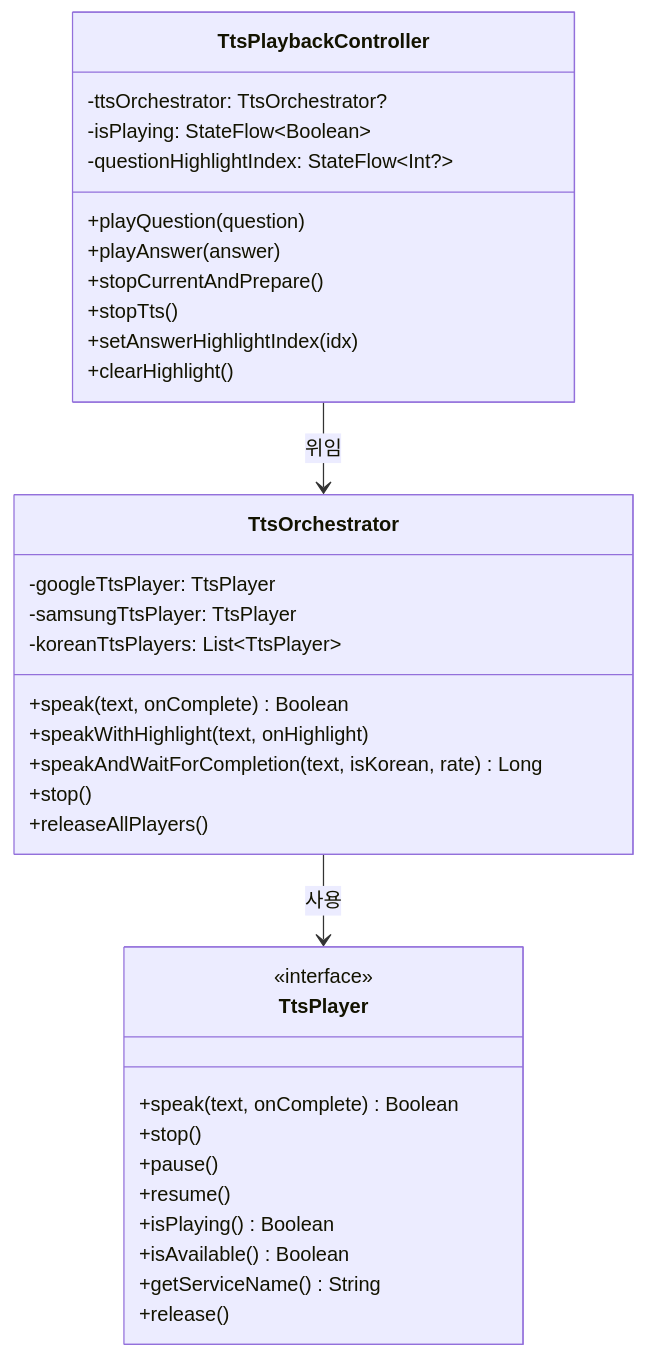
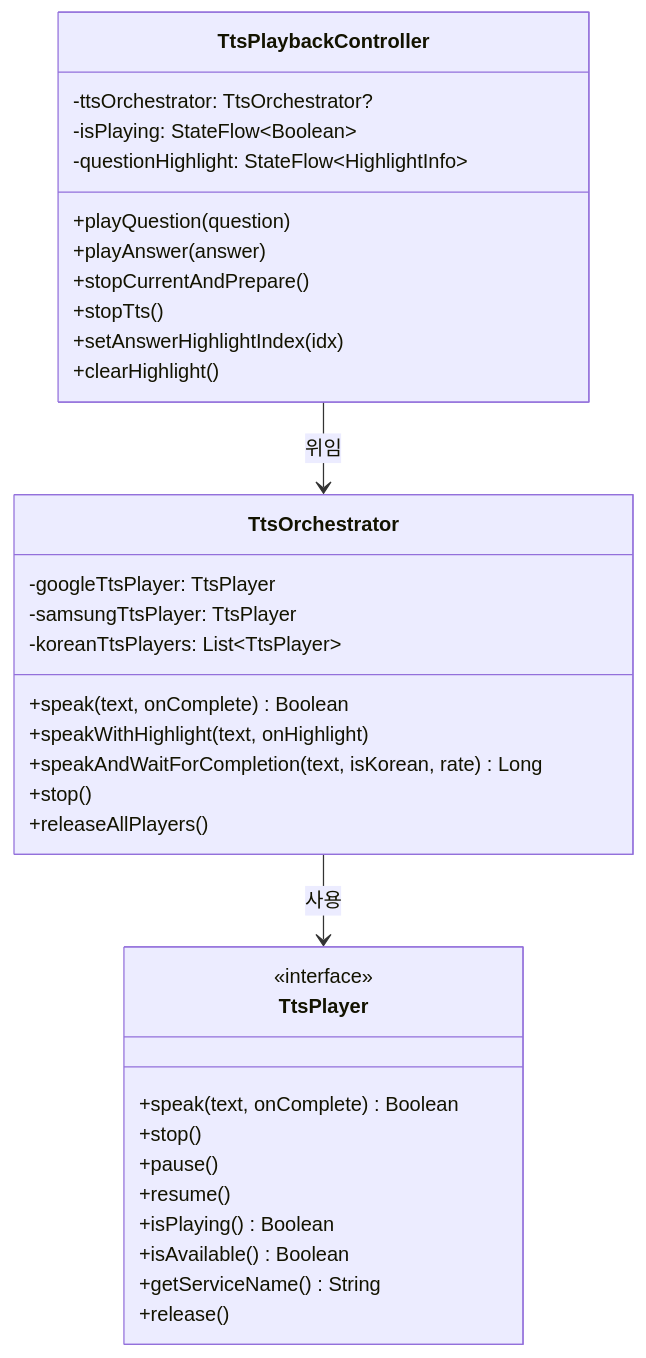
Before and after one commit to AlgoLovers/OPIcHelper: the first of 4 diagrams in .claude/architecture/ARCHITECTURE_DOMAIN.md, drawn with Mermaid. The commit also changed 7 other files, not shown here.

First line of the commit message:
refactor: HighlightStateHolder 원자성 개선 - HighlightInfo 도입, 7개 StateFlow를 4개로 통합

````diff
--- a/.claude/architecture/ARCHITECTURE_DOMAIN.md
+++ b/.claude/architecture/ARCHITECTURE_DOMAIN.md
@@ -51,40 +51,40 @@
 ```mermaid
 classDiagram
     class TtsPlayer {
         <<interface>>
         +speak(text, onComplete) Boolean
         +stop()
         +pause()
         +resume()
         +isPlaying() Boolean
         +isAvailable() Boolean
         +getServiceName() String
         +release()
     }
 
     class TtsOrchestrator {
         -googleTtsPlayer: TtsPlayer
         -samsungTtsPlayer: TtsPlayer
         -koreanTtsPlayers: List~TtsPlayer~
         +speak(text, onComplete) Boolean
         +speakWithHighlight(text, onHighlight)
         +speakAndWaitForCompletion(text, isKorean, rate) Long
         +stop()
         +releaseAllPlayers()
     }
 
     class TtsPlaybackController {
         -ttsOrchestrator: TtsOrchestrator?
         -isPlaying: StateFlow~Boolean~
-        -questionHighlightIndex: StateFlow~Int?~
+        -questionHighlight: StateFlow~HighlightInfo~
         +playQuestion(question)
         +playAnswer(answer)
         +stopCurrentAndPrepare()
         +stopTts()
         +setAnswerHighlightIndex(idx)
         +clearHighlight()
     }
 
     TtsOrchestrator --> TtsPlayer : 사용
     TtsPlaybackController --> TtsOrchestrator : 위임
 ```
````
